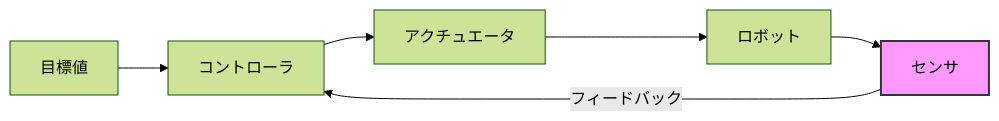
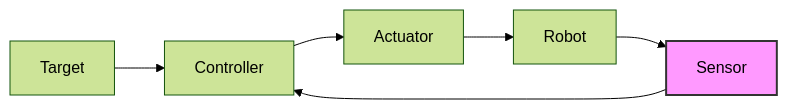
The second of 2 diagrams in docs/weeks/week-01.md (fit-ime-cao/keisoku-kogaku), drawn with Mermaid (forest theme) before and after one commit. The commit also changed other lines of this file and 1 other file, not shown here.

Commit message:
Fix Mermaid syntax: use English labels

````diff
--- a/docs/weeks/week-01.md
+++ b/docs/weeks/week-01.md
@@ -140,10 +138,9 @@
 ```mermaid
 graph LR
-    A[目標値] --> B[コントローラ]
-    B --> C[アクチュエータ]
-    C --> D[ロボット]
-    D --> E[センサ]
-    E -->|フィードバック| B
-    
+    A[Target] --> B[Controller]
+    B --> C[Actuator]
+    C --> D[Robot]
+    D --> E[Sensor]
+    E --> B
     style E fill:#f9f,stroke:#333,stroke-width:2px
 ```
````
